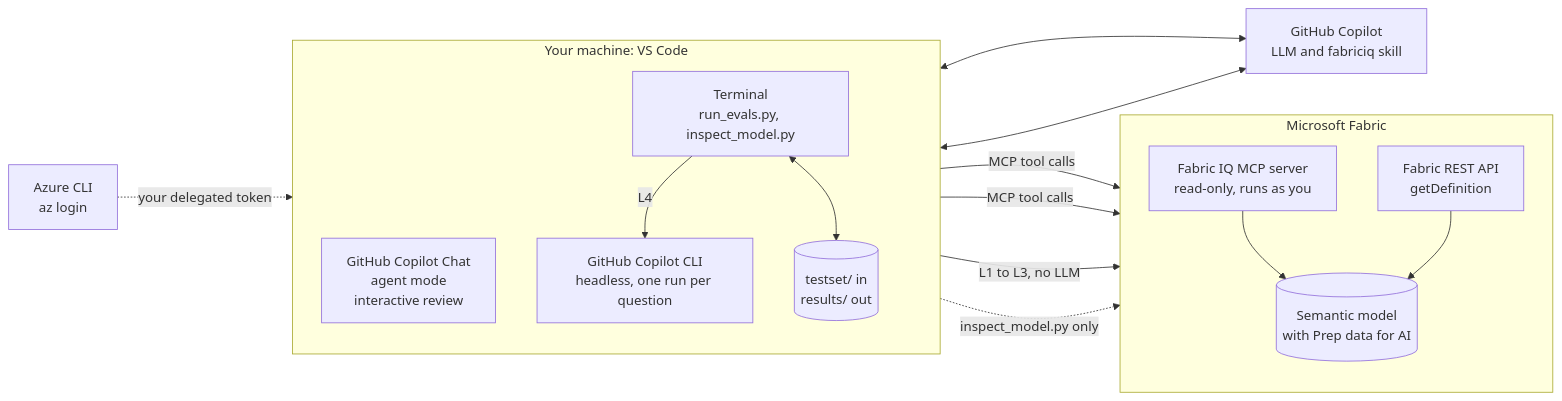
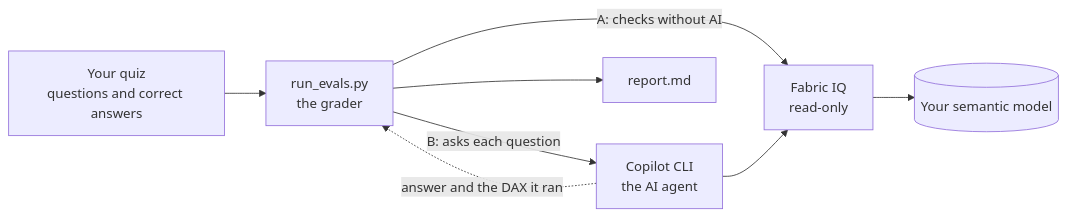
One commit to CassandraOfTroy/fabric-semantic-model-data-agent-labs changed the diagram in lab-03-ai-readiness-evals/README.md. Above: the diagram before and after it, drawn with Mermaid. The commit also changed other lines of this file and 2 other files, not shown here.

First line of the commit message:
Lab 3: simplify the architecture and how it works

````diff
--- a/lab-03-ai-readiness-evals/README.md
+++ b/lab-03-ai-readiness-evals/README.md
@@ -36,28 +17,10 @@
 ```mermaid
 flowchart LR
-    subgraph PC["Your machine: VS Code"]
-        direction TB
-        CHAT["GitHub Copilot Chat<br/>agent mode<br/>interactive review"]
-        TERM["Terminal<br/>run_evals.py, inspect_model.py"]
-        CLI["GitHub Copilot CLI<br/>headless, one run per question"]
-        FILES[("testset/ in<br/>results/ out")]
-        TERM -- "L4" --> CLI
-        TERM <--> FILES
-    end
-    AZ["Azure CLI<br/>az login"] -. "your delegated token" .-> TERM
-    GH["GitHub Copilot<br/>LLM and fabriciq skill"]
-    CHAT <--> GH
-    CLI <--> GH
-    subgraph FAB["Microsoft Fabric"]
-        direction TB
-        FIQ["Fabric IQ MCP server<br/>read-only, runs as you"]
-        REST["Fabric REST API<br/>getDefinition"]
-        SM[("Semantic model<br/>with Prep data for AI")]
-        FIQ --> SM
-        REST --> SM
-    end
-    CHAT -- "MCP tool calls" --> FIQ
-    CLI -- "MCP tool calls" --> FIQ
-    TERM -- "L1 to L3, no LLM" --> FIQ
-    TERM -. "inspect_model.py only" .-> REST
+    Q["Your quiz<br/>questions and correct answers"] --> R["run_evals.py<br/>the grader"]
+    R -- "A: checks without AI" --> F["Fabric IQ<br/>read-only"]
+    R -- "B: asks each question" --> C["Copilot CLI<br/>the AI agent"]
+    C --> F
+    F --> M[("Your semantic model")]
+    C -. "answer and the DAX it ran" .-> R
+    R --> P["report.md"]
 ```
````
